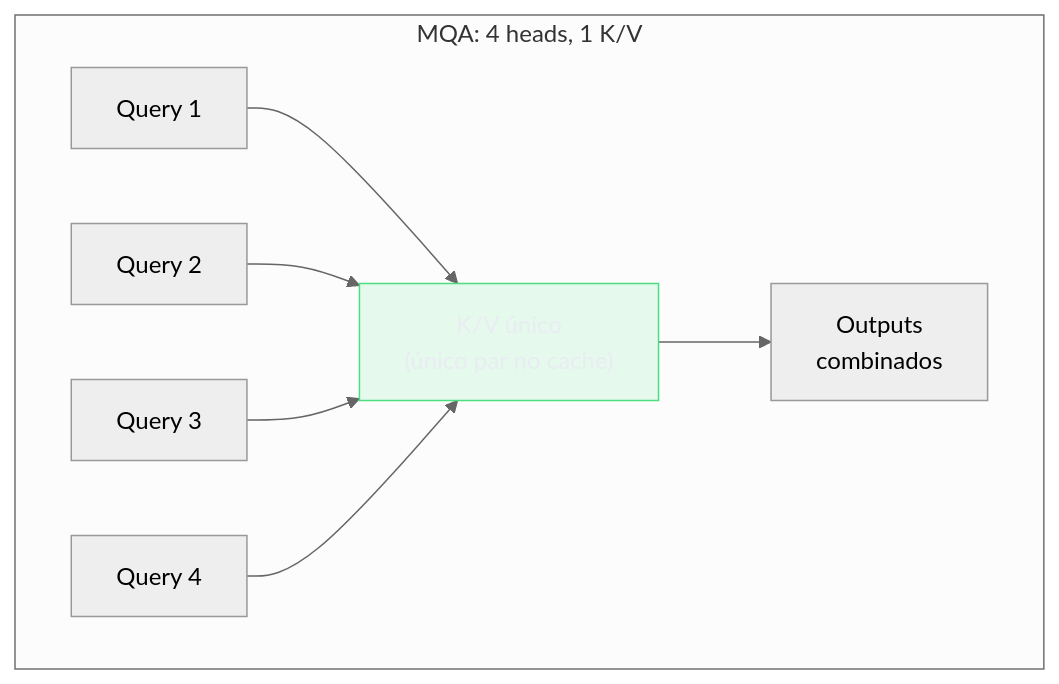
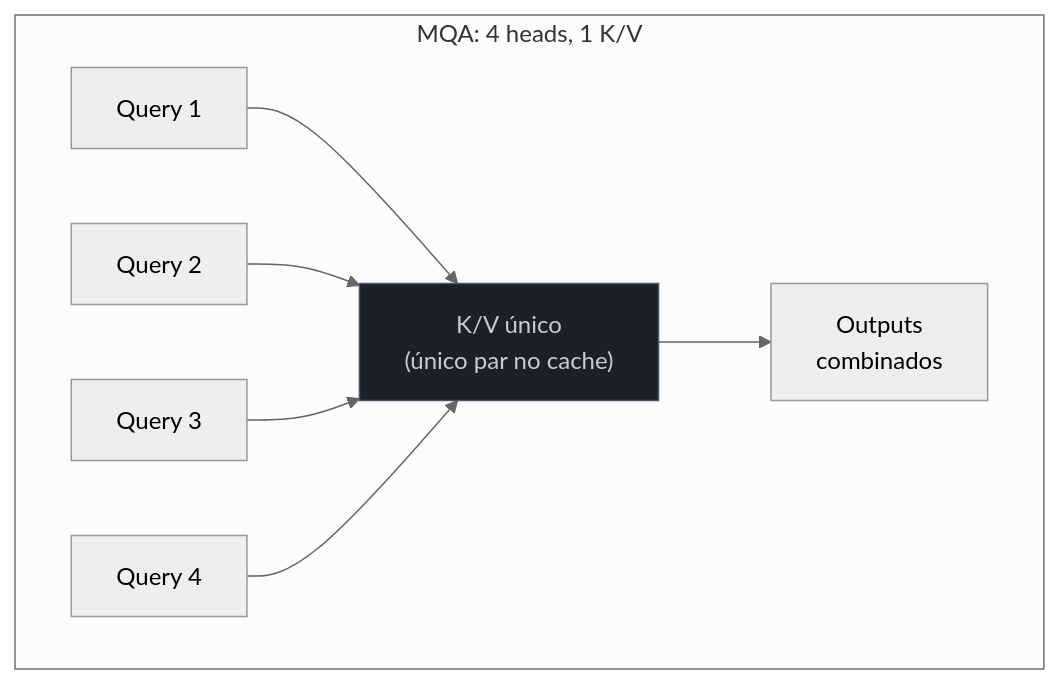
The second of 5 diagrams in 03-Dominios/Tecnologia/IA/Anatomia dos LLMs/04b - Encolhendo o KV cache — MHA, MQA, GQA, MLA.md (josenaldo/codex-technomanticus), drawn with Mermaid (neutral theme) before and after one commit. The commit also changed other lines of this file and 601 other files, not shown here.

````diff
--- a/03-Dominios/Tecnologia/IA/Anatomia dos LLMs/04b - Encolhendo o KV cache — MHA, MQA, GQA, MLA.md
+++ b/03-Dominios/Tecnologia/IA/Anatomia dos LLMs/04b - Encolhendo o KV cache — MHA, MQA, GQA, MLA.md
@@ -93,13 +92,13 @@
 ```mermaid
 graph TD
-    classDef ok fill:#4ADE8021,stroke:#4ADE80,color:#E9ECF2
+    classDef neutro fill:#1B2029,stroke:#4E5666,color:#C6CCD8
     subgraph "MQA: 4 heads, 1 K/V"
         KV["K/V único\n(único par no cache)"]
         Q1["Query 1"] --> KV
         Q2["Query 2"] --> KV
         Q3["Query 3"] --> KV
         Q4["Query 4"] --> KV
         KV --> O["Outputs\ncombinados"]
     end
-    class KV ok
+    class KV neutro
 ```
````
